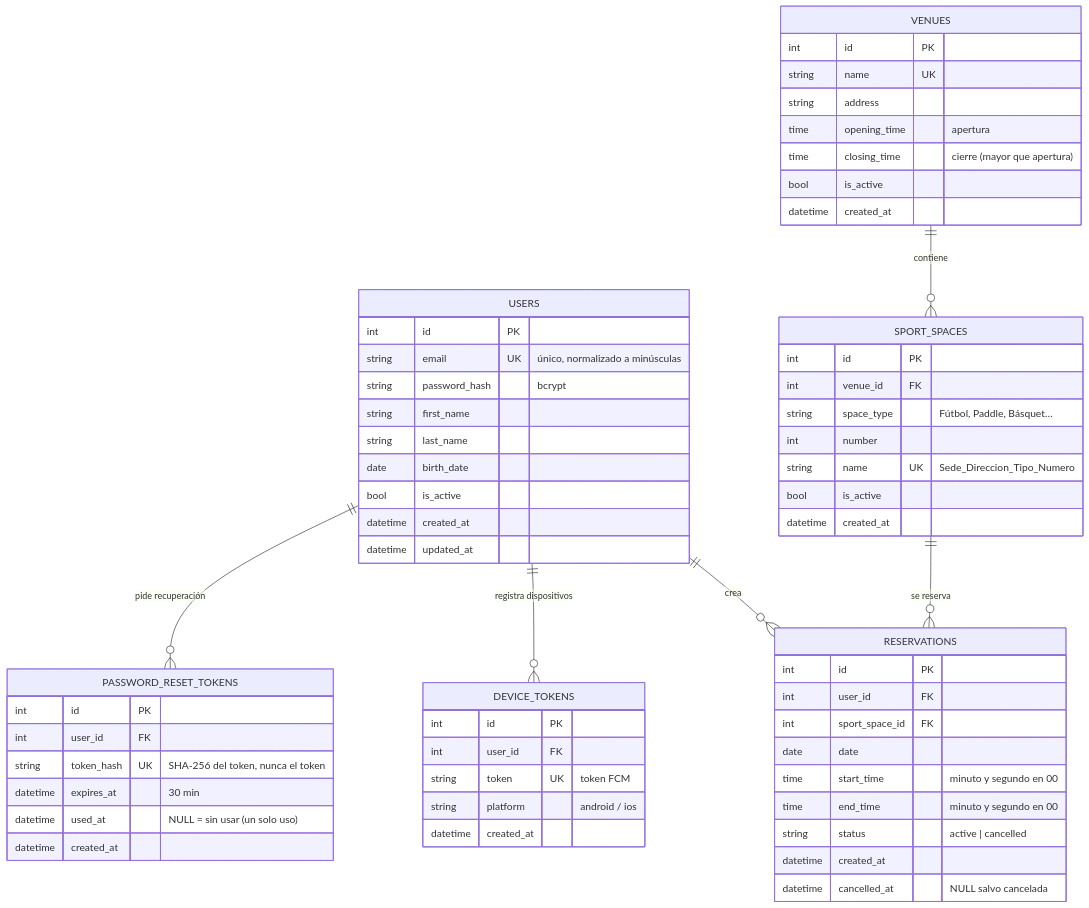
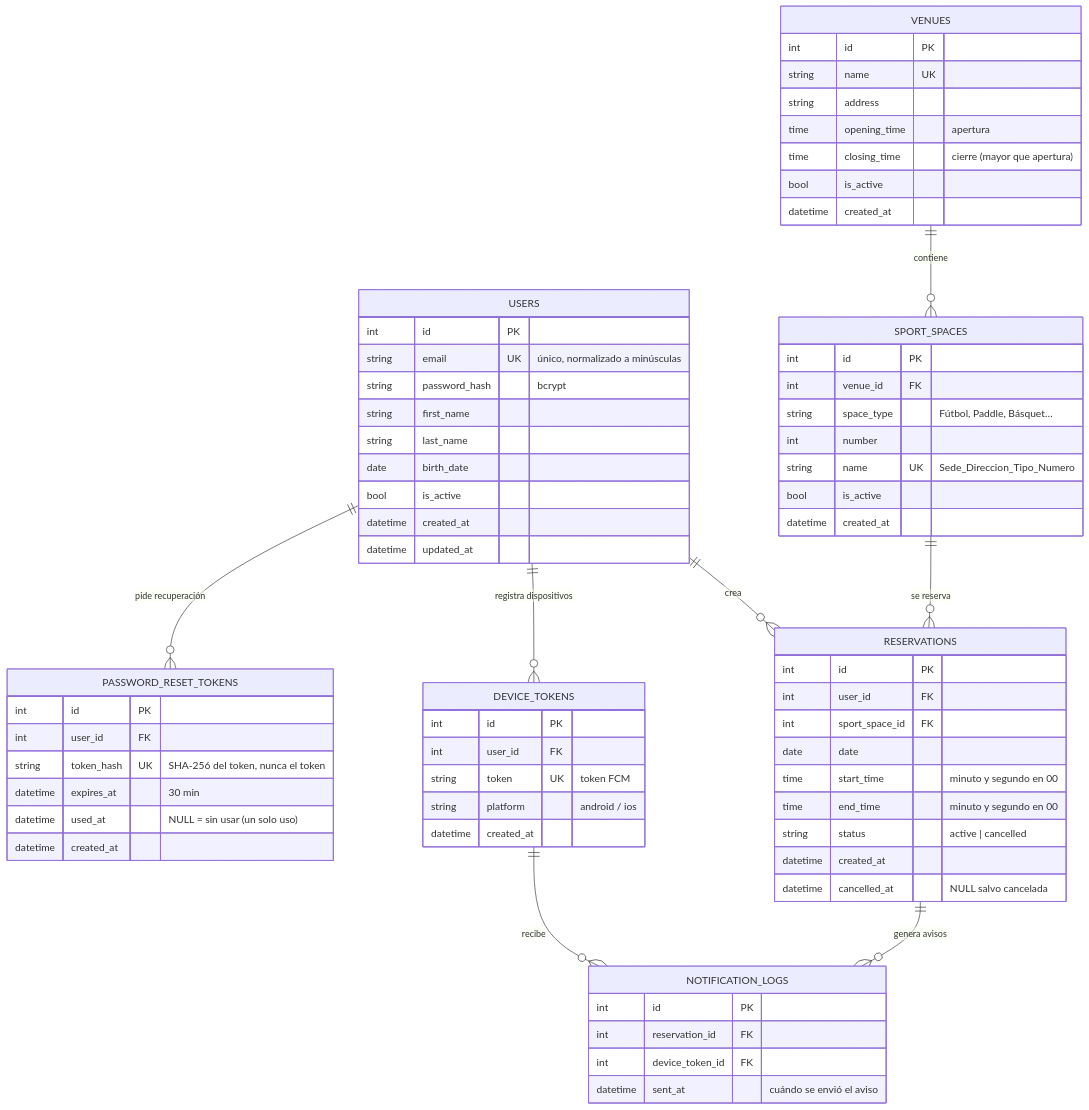
The diagram in backend/docs/modelo-datos.md (SebastianMartinezA/ClubSebastianMartinezAmaray), drawn with Mermaid before and after one commit. The commit also changed other lines of this file and 4 other files, not shown here.

````diff
--- a/backend/docs/modelo-datos.md
+++ b/backend/docs/modelo-datos.md
@@ -8,69 +8,78 @@
 ```mermaid
 erDiagram
     USERS ||--o{ PASSWORD_RESET_TOKENS : "pide recuperación"
     USERS ||--o{ DEVICE_TOKENS : "registra dispositivos"
     USERS ||--o{ RESERVATIONS : "crea"
     VENUES ||--o{ SPORT_SPACES : "contiene"
     SPORT_SPACES ||--o{ RESERVATIONS : "se reserva"
+    RESERVATIONS ||--o{ NOTIFICATION_LOGS : "genera avisos"
+    DEVICE_TOKENS ||--o{ NOTIFICATION_LOGS : "recibe"
 
     USERS {
         int id PK
         string email UK "único, normalizado a minúsculas"
         string password_hash "bcrypt"
         string first_name
         string last_name
         date birth_date
         bool is_active
         datetime created_at
         datetime updated_at
     }
 
     PASSWORD_RESET_TOKENS {
         int id PK
         int user_id FK
         string token_hash UK "SHA-256 del token, nunca el token"
         datetime expires_at "30 min"
         datetime used_at "NULL = sin usar (un solo uso)"
         datetime created_at
     }
 
     DEVICE_TOKENS {
         int id PK
         int user_id FK
         string token UK "token FCM"
         string platform "android / ios"
         datetime created_at
     }
 
     VENUES {
         int id PK
         string name UK
         string address
         time opening_time "apertura"
         time closing_time "cierre (mayor que apertura)"
         bool is_active
         datetime created_at
     }
 
     SPORT_SPACES {
         int id PK
         int venue_id FK
         string space_type "Fútbol, Paddle, Básquet…"
         int number
         string name UK "Sede_Direccion_Tipo_Numero"
         bool is_active
         datetime created_at
     }
 
     RESERVATIONS {
         int id PK
         int user_id FK
         int sport_space_id FK
         date date
         time start_time "minuto y segundo en 00"
         time end_time "minuto y segundo en 00"
         string status "active | cancelled"
         datetime created_at
         datetime cancelled_at "NULL salvo cancelada"
     }
+
+    NOTIFICATION_LOGS {
+        int id PK
+        int reservation_id FK
+        int device_token_id FK
+        datetime sent_at "cuándo se envió el aviso"
+    }
 ```
````
